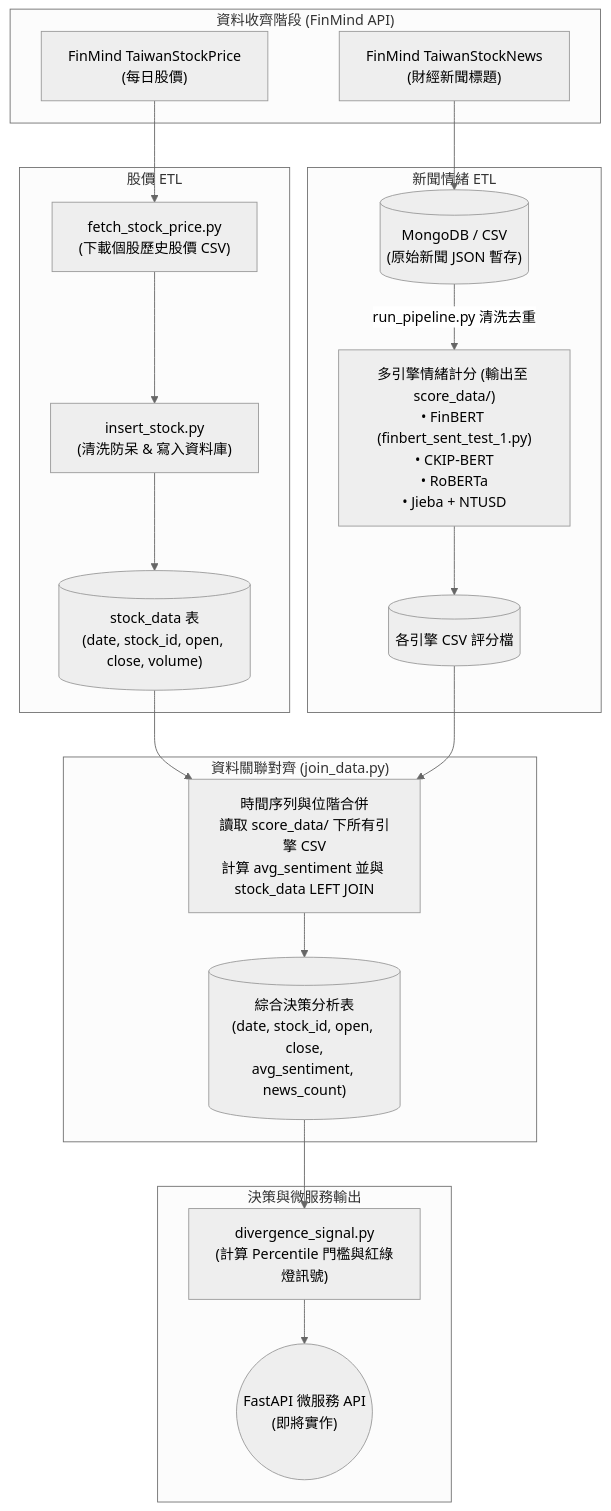
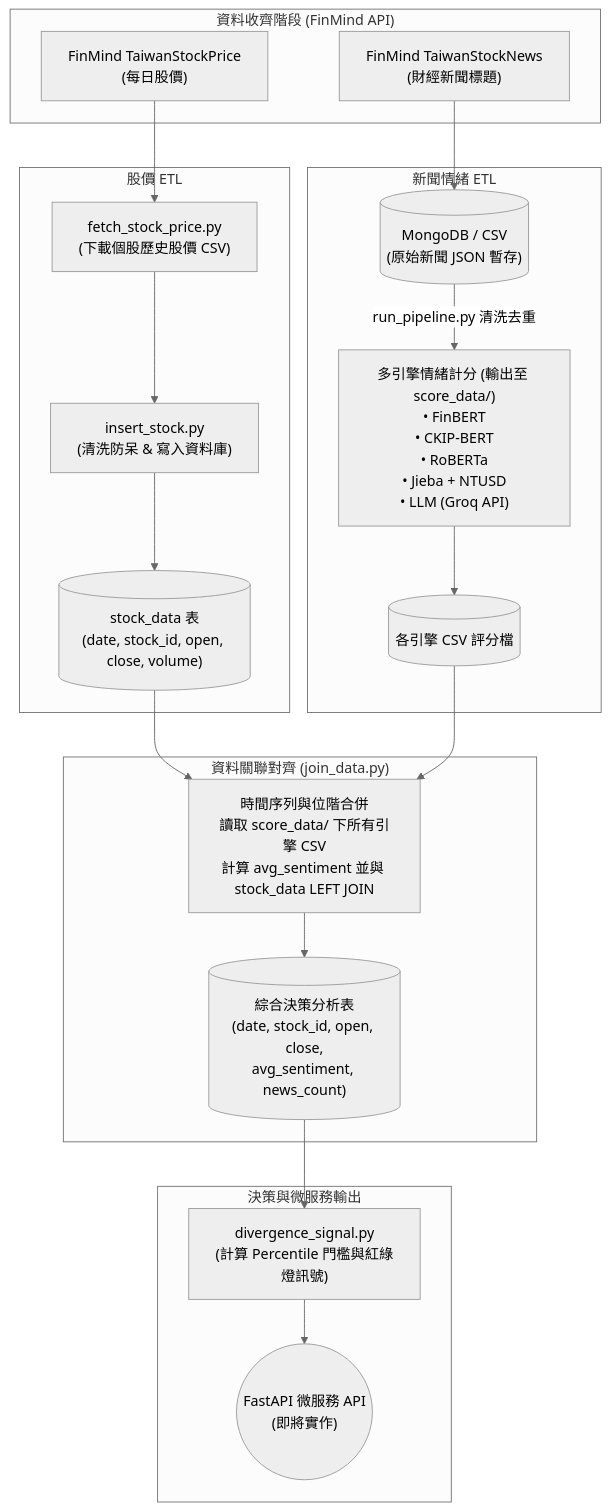
One commit to FinMood/Stock-Market-Sentiment-Analysis-System changed the diagram in README.md. Above: the diagram before and after it, drawn with Mermaid (neutral theme). The commit also changed other lines of this file and 10 other files, not shown here.

````diff
--- a/README.md
+++ b/README.md
@@ -137,43 +136,43 @@
 ```mermaid
 graph TD
     subgraph Source["資料收齊階段 (FinMind API)"]
         A["FinMind TaiwanStockNews\n(財經新聞標題)"]
         B["FinMind TaiwanStockPrice\n(每日股價)"]
     end
 
     subgraph Stock_ETL["股價 ETL"]
         B1["fetch_stock_price.py\n(下載個股歷史股價 CSV)"]
         B2["insert_stock.py\n(清洗防呆 & 寫入資料庫)"]
         B3[("stock_data 表\n(date, stock_id, open, close, volume)")]
     end
 
     subgraph News_ETL["新聞情緒 ETL"]
         C[("MongoDB / CSV\n(原始新聞 JSON 暫存)")]
-        D["多引擎情緒計分 (輸出至 score_data/)\n• FinBERT (finbert_sent_test_1.py)\n• CKIP-BERT\n• RoBERTa\n• Jieba + NTUSD"]
+        D["多引擎情緒計分 (輸出至 score_data/)\n• FinBERT\n• CKIP-BERT\n• RoBERTa\n• Jieba + NTUSD\n• LLM (Groq API)"]
         E[("各引擎 CSV 評分檔")]
     end
 
     subgraph Integration["資料關聯對齊 (join_data.py)"]
         F["時間序列與位階合併\n讀取 score_data/ 下所有引擎 CSV\n計算 avg_sentiment 並與 stock_data LEFT JOIN"]
         G[("綜合決策分析表\n(date, stock_id, open, close,\navg_sentiment, news_count)")]
     end
 
     subgraph Signal_Module["決策與微服務輸出"]
         H["divergence_signal.py\n(計算 Percentile 門檻與紅綠燈訊號)"]
         I(("FastAPI 微服務 API\n(即將實作)"))
     end
 
     A --> C
     B --> B1
     B1 --> B2
     B2 --> B3
 
     C -->|run_pipeline.py 清洗去重| D
     D --> E
 
     B3 --> F
     E --> F
     F --> G
     G --> H
     H --> I
 ```
````
